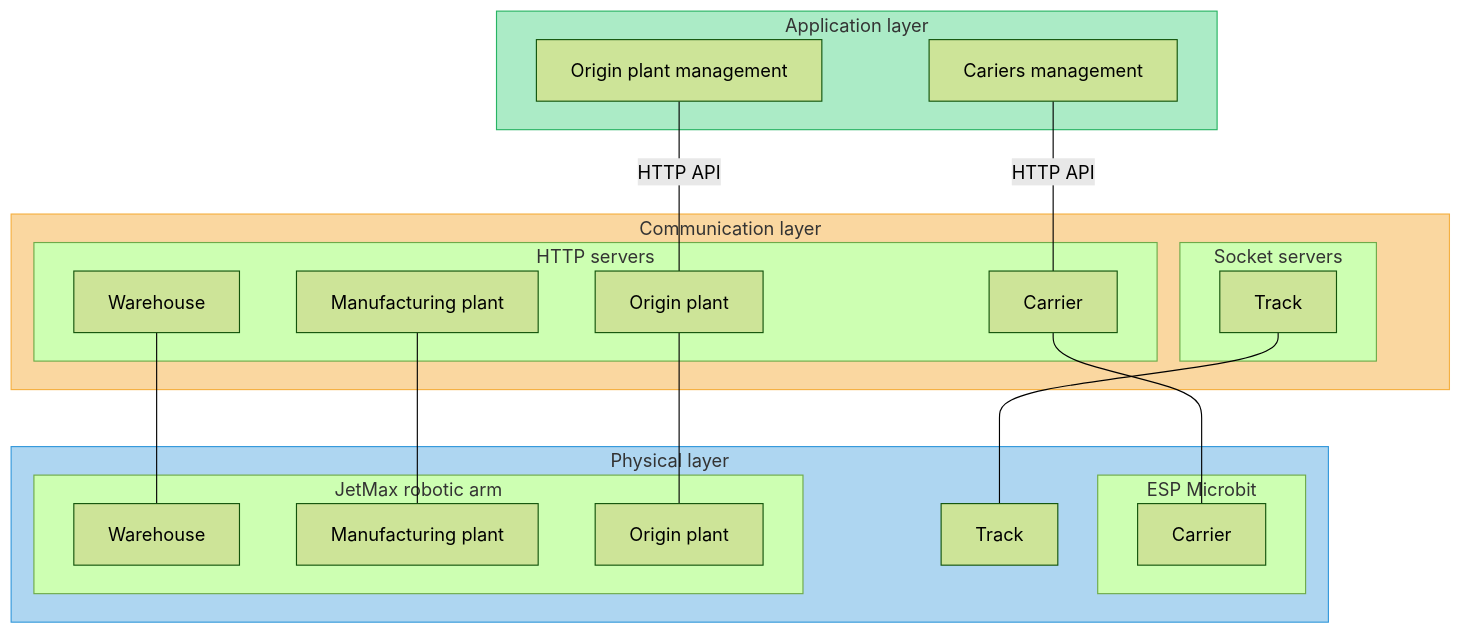
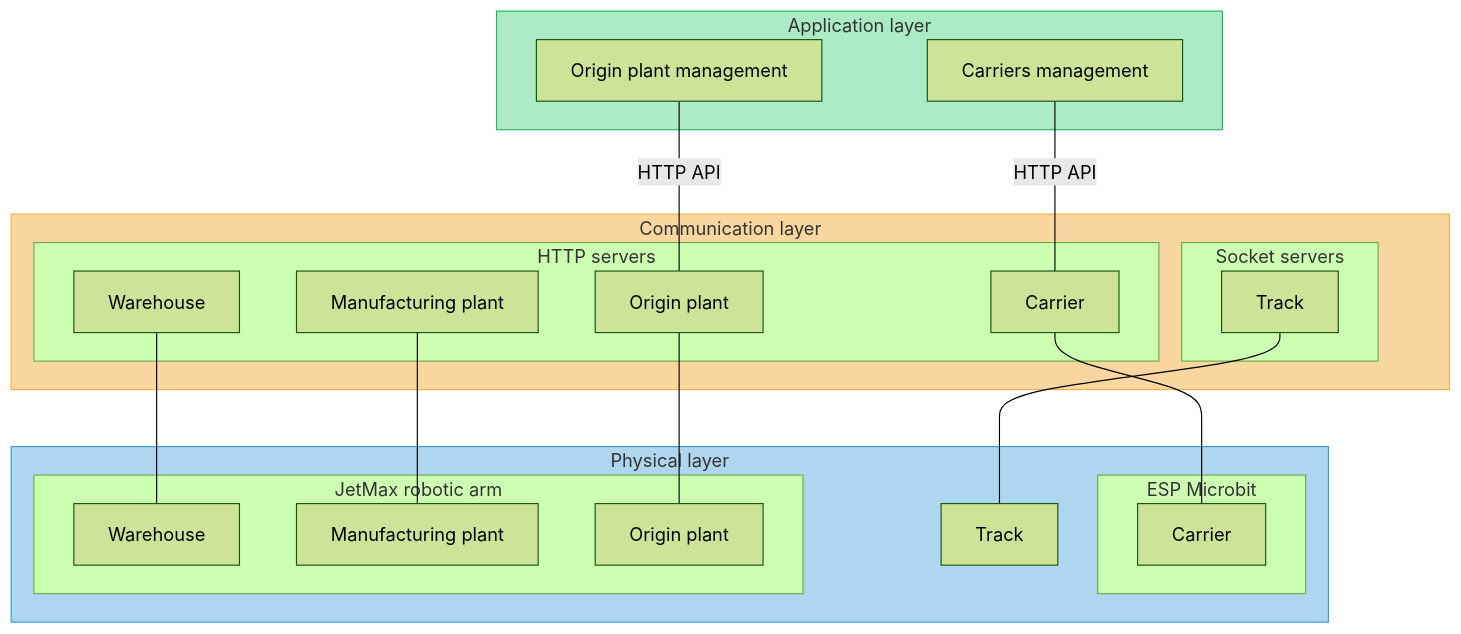
The diagram in README.md (fsprojekti/shr-mfg-platform), drawn with Mermaid (forest theme) before and after one commit.

````diff
--- a/README.md
+++ b/README.md
@@ -12,43 +12,43 @@
 ```mermaid
 graph TD
 subgraph ML[Application layer]
     MO[Origin plant management]
-    MC[Cariers management ]
+    MC[Carriers management ]
 end
 subgraph CL[Communication layer]
     subgraph CL1[HTTP servers]
     CC[Carrier]
     CO[Origin plant]
     CW[Warehouse]
     CM[Manufacturing plant]
     end
     subgraph CL2[Socket servers]
     CT[Track]
     end
 end
 subgraph PL[Physical layer]
  T[Track]
     subgraph PL1[ESP Microbit]
     C[Carrier]
     end
    
     subgraph PL2[JetMax robotic arm]
         W[Warehouse]
         M[Manufacturing plant]
         O[Origin plant]
     end
 end
 CC---C
 MO---|HTTP API|CO
 MC---|HTTP API|CC
 CO---O
 CM---M
 CW---W
 CT---T
 
 
 style CL fill:#FAD7A0, stroke:#F5B041
 style PL fill:#AED6F1, stroke:#3498DB
 style ML fill:#ABEBC6, stroke:#28B463
 
 ```
````
